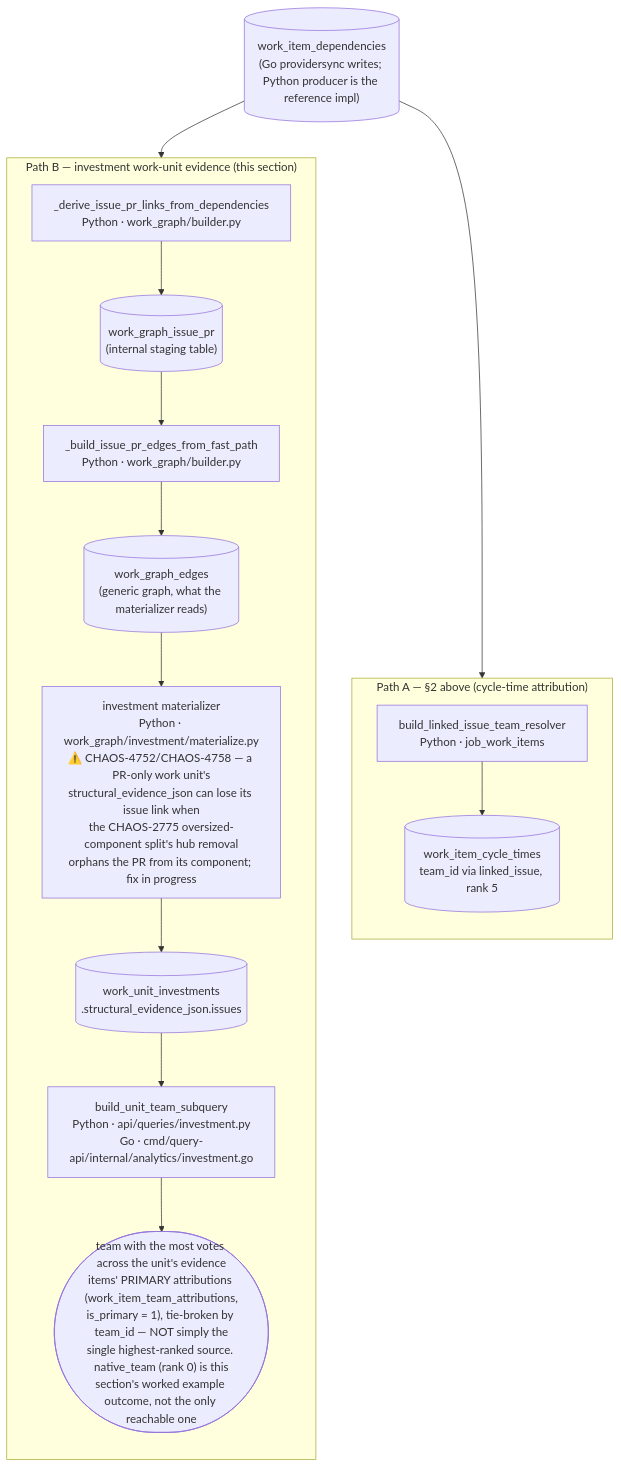
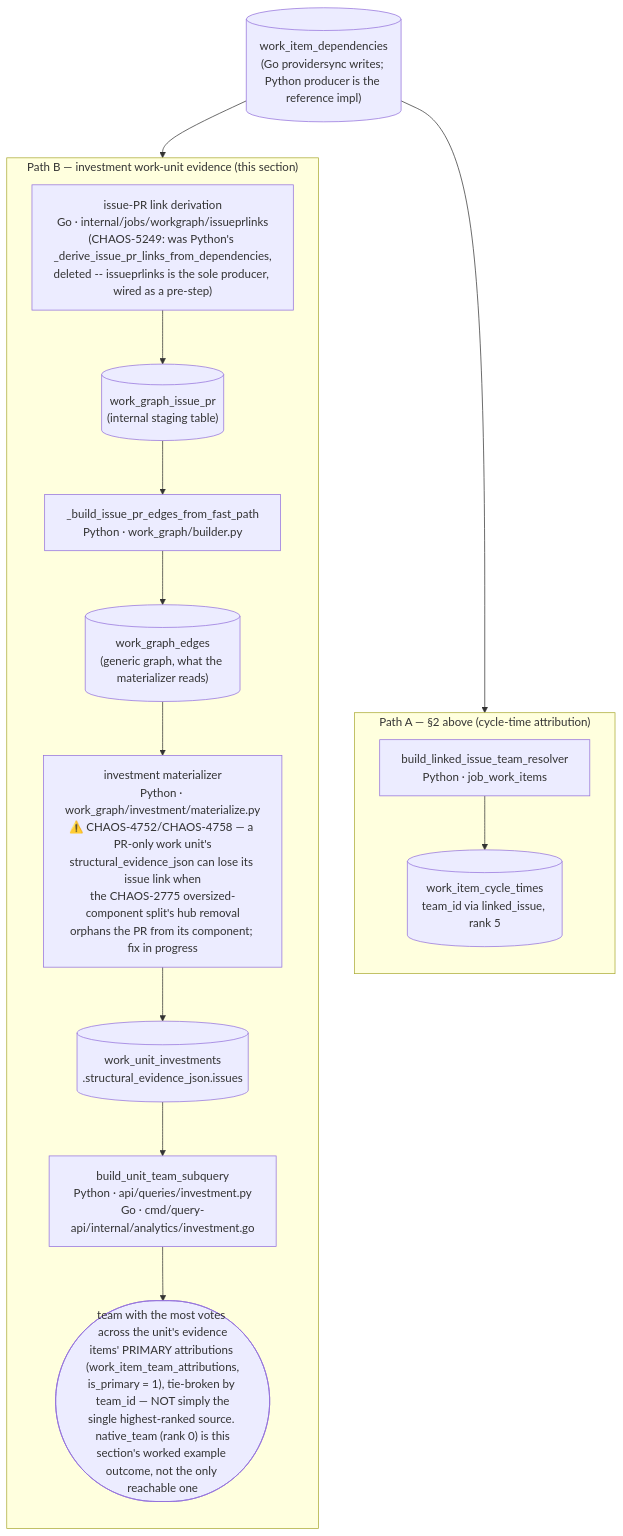
One commit to full-chaos/dev-health-ops changed the fifth of 9 diagrams in docs/contribute/architecture/team-attribution.md. Above: the diagram before and after it, drawn with Mermaid. The commit also changed other lines of this file and 1 other file, not shown here.

First line of the commit message:
fix(workgraph): CHAOS-5249 r1 findings: rename test, fix stale doc

````diff
--- a/docs/contribute/architecture/team-attribution.md
+++ b/docs/contribute/architecture/team-attribution.md
@@ -1353,27 +1353,27 @@
 ```mermaid
 flowchart TD
     WID[("work_item_dependencies<br/>(Go providersync writes; Python producer is the reference impl)")]
 
     subgraph PathA["Path A — §2 above (cycle-time attribution)"]
         direction TB
         BuildResolver["build_linked_issue_team_resolver<br/>Python · job_work_items"]
         CycleTimes[("work_item_cycle_times<br/>team_id via linked_issue, rank 5")]
         BuildResolver --> CycleTimes
     end
 
     subgraph PathB["Path B — investment work-unit evidence (this section)"]
         direction TB
-        Derive["_derive_issue_pr_links_from_dependencies<br/>Python · work_graph/builder.py"]
+        Derive["issue-PR link derivation<br/>Go · internal/jobs/workgraph/issueprlinks<br/>(CHAOS-5249: was Python's _derive_issue_pr_links_from_dependencies,<br/>deleted -- issueprlinks is the sole producer, wired as a pre-step)"]
         WGIP[("work_graph_issue_pr<br/>(internal staging table)")]
         FastPath["_build_issue_pr_edges_from_fast_path<br/>Python · work_graph/builder.py"]
         WGE[("work_graph_edges<br/>(generic graph, what the materializer reads)")]
         Materialize["investment materializer<br/>Python · work_graph/investment/materialize.py<br/>⚠️ CHAOS-4752/CHAOS-4758 — a PR-only work unit's<br/>structural_evidence_json can lose its issue link when<br/>the CHAOS-2775 oversized-component split's hub removal<br/>orphans the PR from its component; fix in progress"]
         SEJ[("work_unit_investments<br/>.structural_evidence_json.issues")]
         UnitTeam["build_unit_team_subquery<br/>Python · api/queries/investment.py<br/>Go · cmd/query-api/internal/analytics/investment.go"]
         Resolved(["team with the most votes across the unit's evidence<br/>items' PRIMARY attributions (work_item_team_attributions,<br/>is_primary = 1), tie-broken by team_id — NOT simply the<br/>single highest-ranked source. native_team (rank 0) is this<br/>section's worked example outcome, not the only reachable one"])
         Derive --> WGIP --> FastPath --> WGE --> Materialize --> SEJ --> UnitTeam --> Resolved
     end
 
     WID --> BuildResolver
     WID --> Derive
 ```
````
